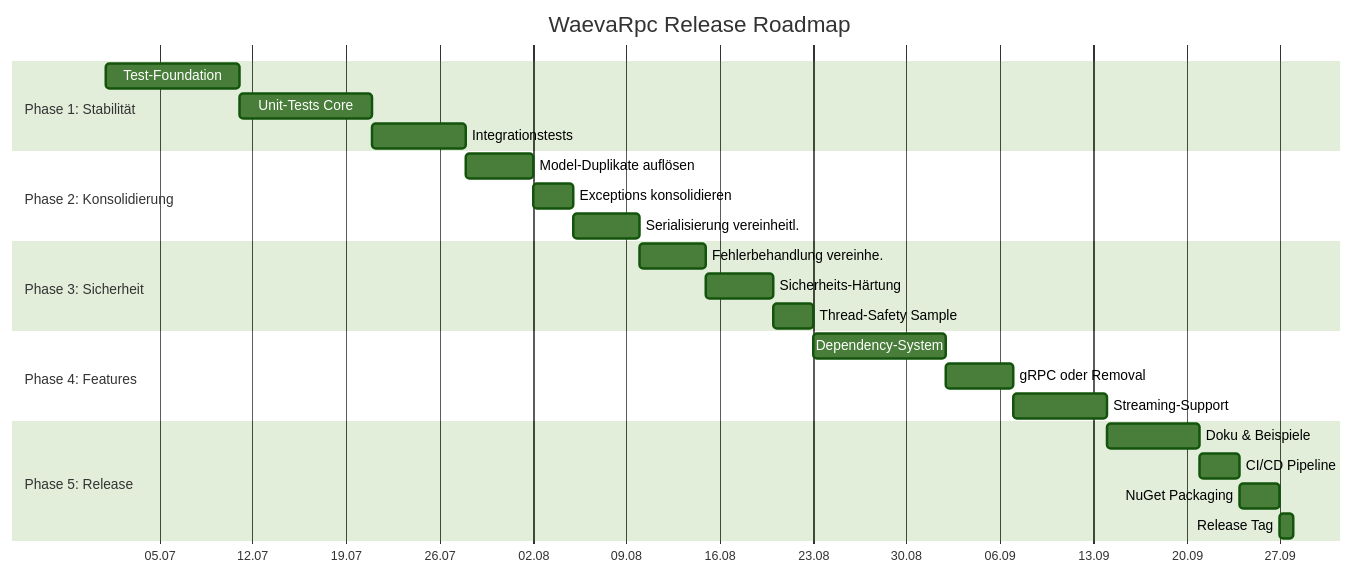
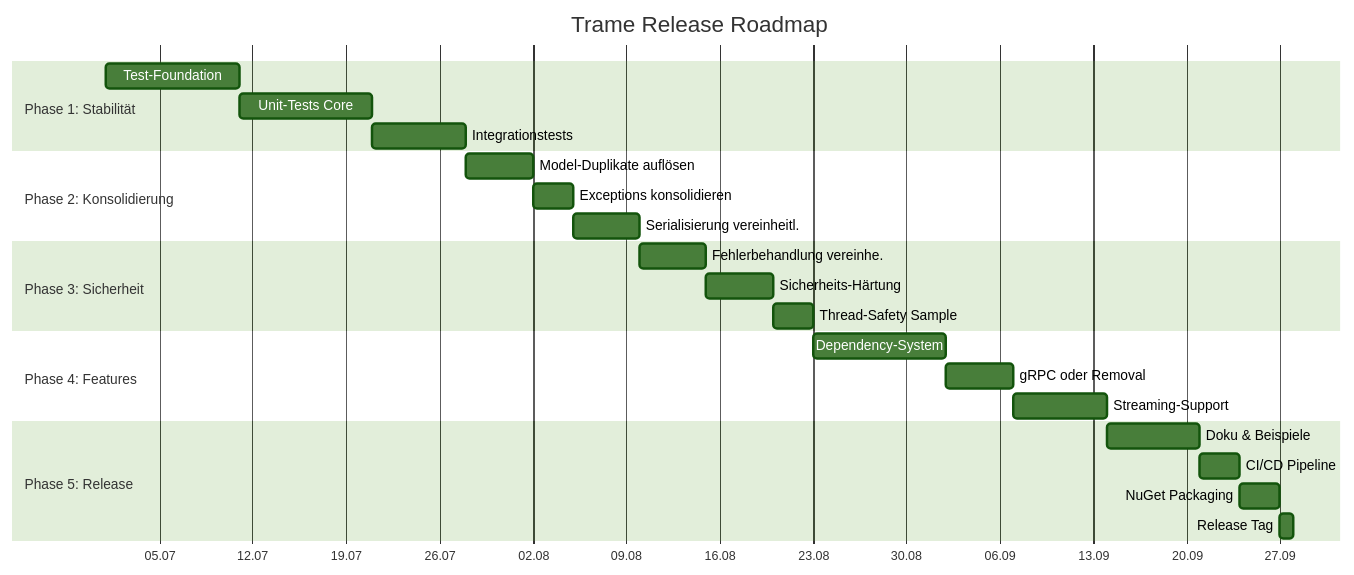
The first of 2 diagrams in RELEASE-PLAN.md (HolgerHuckfeldt/Hrpc), drawn with Mermaid (forest theme) before and after one commit. The commit also changed other lines of this file and 347 other files, not shown here.

First line of the commit message:
chore(rename): benenne Projekt WaevaRpc zu Trame

````diff
--- a/RELEASE-PLAN.md
+++ b/RELEASE-PLAN.md
@@ -11,32 +11,32 @@
 ```mermaid
 gantt
-    title WaevaRpc Release Roadmap
+    title Trame Release Roadmap
     dateFormat YYYY-MM-DD
     axisFormat %d.%m
 
     section Phase 1: Stabilität
     Test-Foundation           :p1a, 2026-07-01, 10d
     Unit-Tests Core          :p1b, after p1a, 10d
     Integrationstests        :p1c, after p1b, 7d
 
     section Phase 2: Konsolidierung
     Model-Duplikate auflösen   :p2a, after p1c, 5d
     Exceptions konsolidieren  :p2b, after p2a, 3d
     Serialisierung vereinheitl. :p2c, after p2b, 5d
 
     section Phase 3: Sicherheit
     Fehlerbehandlung vereinhe. :p3a, after p2c, 5d
     Sicherheits-Härtung        :p3b, after p3a, 5d
     Thread-Safety Sample       :p3c, after p3b, 3d
 
     section Phase 4: Features
     Dependency-System          :p4a, after p3c, 10d
     gRPC oder Removal          :p4b, after p4a, 5d
     Streaming-Support          :p4c, after p4b, 7d
 
     section Phase 5: Release
     Doku & Beispiele           :p5a, after p4c, 7d
     CI/CD Pipeline             :p5b, after p5a, 3d
     NuGet Packaging            :p5c, after p5b, 3d
     Release Tag                :p5d, after p5c, 1d
 ```
````
